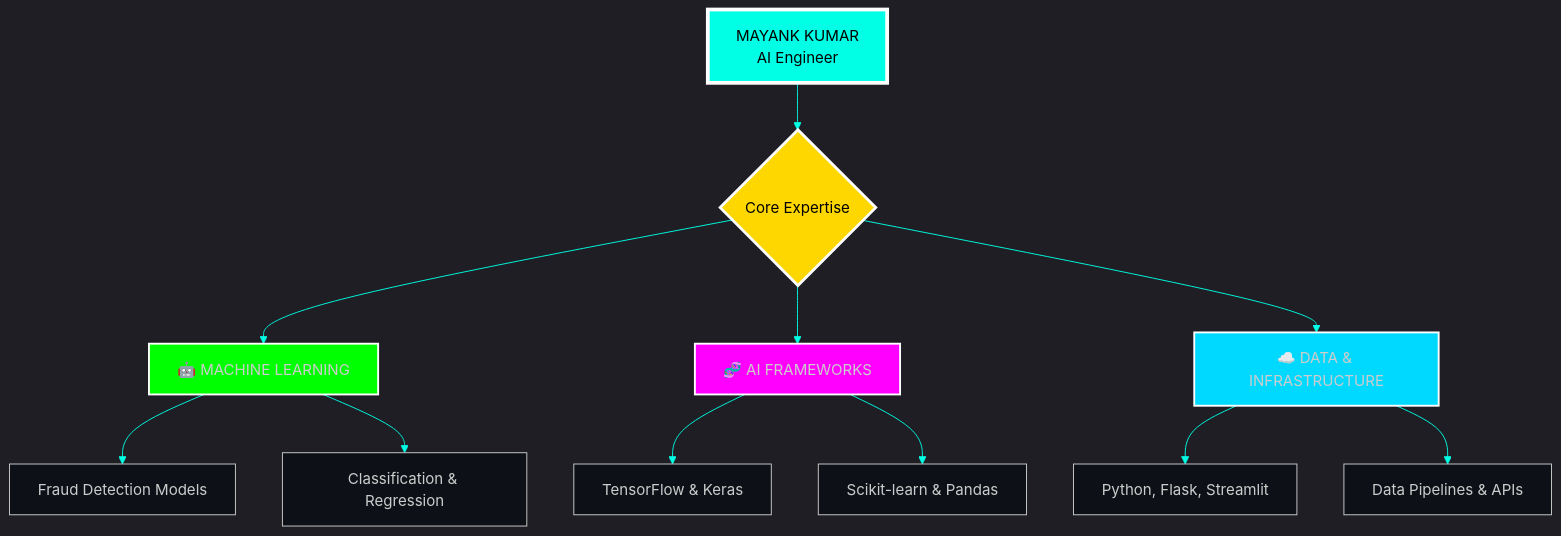
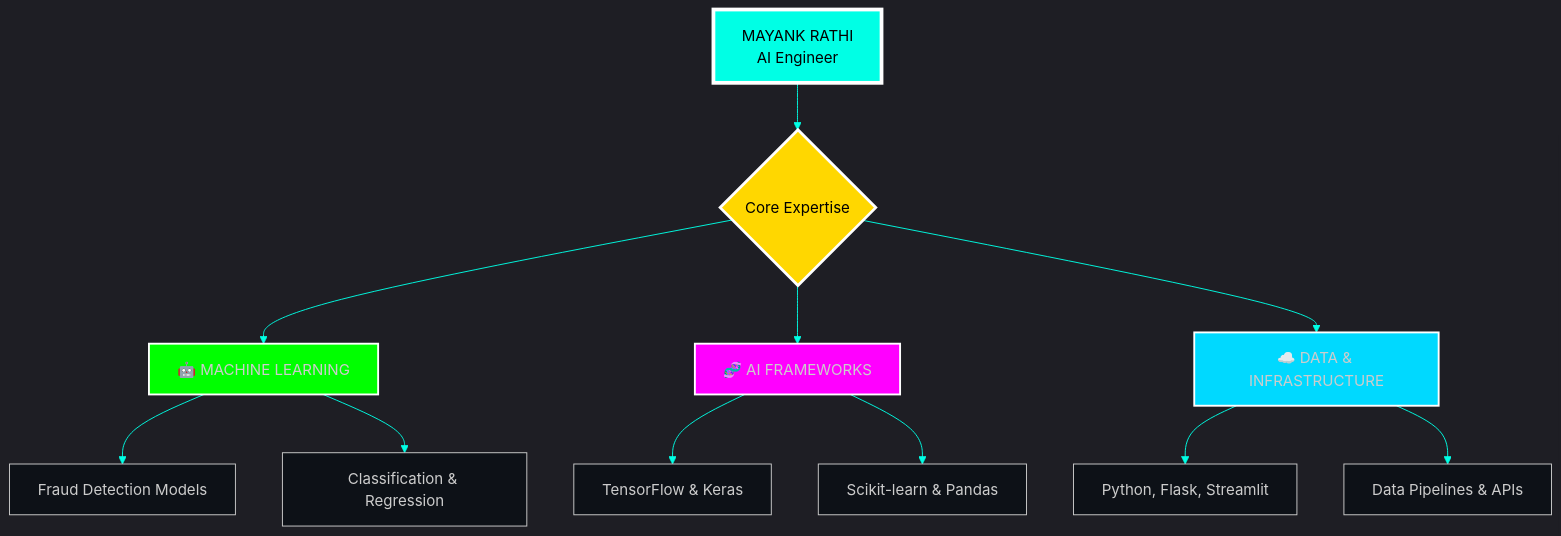
Before and after one commit to rmayank-24/rmayank-24: the diagram in README.md, drawn with Mermaid. The commit also changed other lines of this file, not shown here.

````diff
--- a/README.md
+++ b/README.md
@@ -77,23 +76,23 @@
 ```mermaid
 %%{init: {'theme':'dark', 'themeVariables': { 'primaryColor': '#00FFE5', 'primaryTextColor': '#fff', 'primaryBorderColor': '#FFD700', 'lineColor': '#00FFE5', 'secondaryColor': '#FF00FF', 'tertiaryColor': '#00D9FF', 'mainBkg': '#0D1117', 'nodeBkg': '#1a1a1a'}}}%%
 flowchart TD
-    A[MAYANK KUMAR<br/>AI Engineer] --> B{Core Expertise}
+    A[MAYANK RATHI<br/>AI Engineer] --> B{Core Expertise}
     
     B --> C[🤖 MACHINE LEARNING]
     C --> C1[Fraud Detection Models]
     C --> C2[Classification & Regression]
     
     B --> D[🧬 AI FRAMEWORKS]
     D --> D1[TensorFlow & Keras]
     D --> D2[Scikit-learn & Pandas]
     
     B --> E[☁️ DATA & INFRASTRUCTURE]
     E --> E1[Python, Flask, Streamlit]
     E --> E2[Data Pipelines & APIs]
     
     style A fill:#00FFE5,stroke:#fff,stroke-width:4px,color:#000
     style B fill:#FFD700,stroke:#fff,stroke-width:3px,color:#000
     style C fill:#00FF00,stroke:#fff,stroke-width:2px
     style D fill:#FF00FF,stroke:#fff,stroke-width:2px
     style E fill:#00D9FF,stroke:#fff,stroke-width:2px
 ```
````
